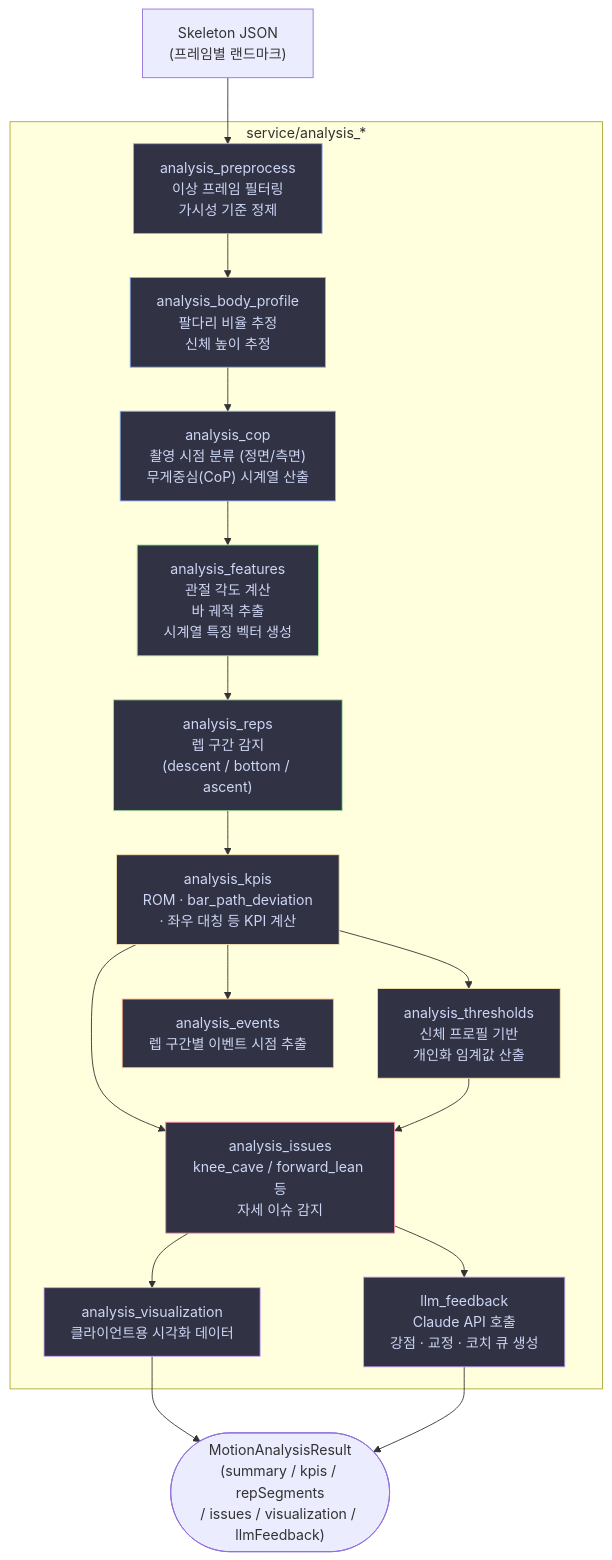
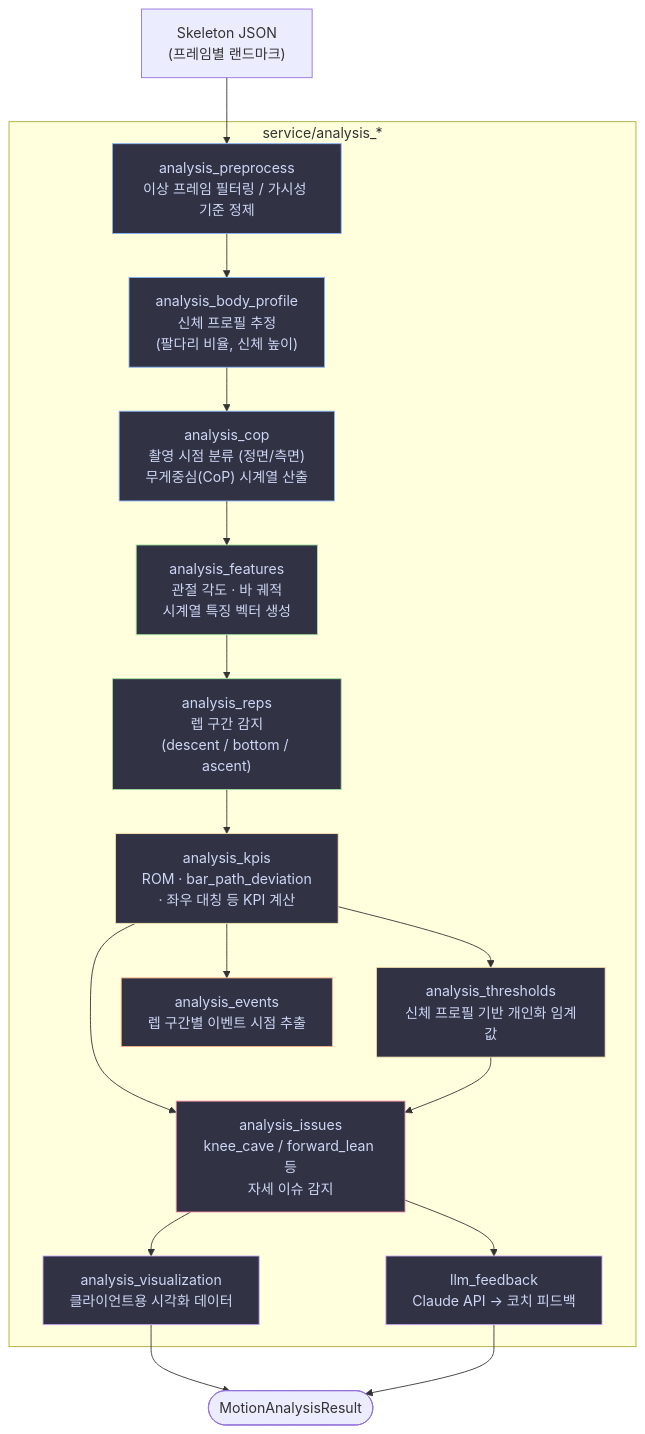
The seventh of 7 diagrams in README.md (rack-labs/rack-tracker), drawn with Mermaid before and after one commit. The commit also changed other lines of this file and 43 other files, not shown here.

First line of the commit message:
docs: enrich backend architecture section with slide images (#26)

````diff
--- a/README.md
+++ b/README.md
@@ -485,38 +566,38 @@
 ```mermaid
 flowchart TD
     Skeleton["Skeleton JSON\n(프레임별 랜드마크)"]
 
     subgraph Pipeline ["service/analysis_*"]
-        Preprocess["analysis_preprocess\n이상 프레임 필터링\n가시성 기준 정제"]
-        BodyProfile["analysis_body_profile\n팔다리 비율 추정\n신체 높이 추정"]
+        Preprocess["analysis_preprocess\n이상 프레임 필터링 / 가시성 기준 정제"]
+        BodyProfile["analysis_body_profile\n신체 프로필 추정\n(팔다리 비율, 신체 높이)"]
         COP["analysis_cop\n촬영 시점 분류 (정면/측면)\n무게중심(CoP) 시계열 산출"]
-        Features["analysis_features\n관절 각도 계산\n바 궤적 추출\n시계열 특징 벡터 생성"]
+        Features["analysis_features\n관절 각도 · 바 궤적\n시계열 특징 벡터 생성"]
         Reps["analysis_reps\n렙 구간 감지\n(descent / bottom / ascent)"]
         KPIs["analysis_kpis\nROM · bar_path_deviation\n· 좌우 대칭 등 KPI 계산"]
-        Thresholds["analysis_thresholds\n신체 프로필 기반\n개인화 임계값 산출"]
+        Thresholds["analysis_thresholds\n신체 프로필 기반 개인화 임계값"]
         Events["analysis_events\n렙 구간별 이벤트 시점 추출"]
         Issues["analysis_issues\nknee_cave / forward_lean 등\n자세 이슈 감지"]
         Viz["analysis_visualization\n클라이언트용 시각화 데이터"]
-        LLM["llm_feedback\nClaude API 호출\n강점 · 교정 · 코치 큐 생성"]
+        LLM["llm_feedback\nClaude API → 코치 피드백"]
     end
 
-    Result(["MotionAnalysisResult\n(summary / kpis / repSegments\n/ issues / visualization / llmFeedback)"])
+    Result(["MotionAnalysisResult"])
 
     Skeleton --> Preprocess --> BodyProfile --> COP --> Features
     Features --> Reps --> KPIs --> Thresholds
     KPIs --> Events
     KPIs & Thresholds --> Issues --> Viz & LLM
     Viz & LLM --> Result
 
     style Preprocess fill:#313244,stroke:#89b4fa,color:#cdd6f4
     style BodyProfile fill:#313244,stroke:#89b4fa,color:#cdd6f4
     style COP fill:#313244,stroke:#89b4fa,color:#cdd6f4
     style Features fill:#313244,stroke:#a6e3a1,color:#cdd6f4
     style Reps fill:#313244,stroke:#a6e3a1,color:#cdd6f4
     style KPIs fill:#313244,stroke:#f9e2af,color:#cdd6f4
     style Thresholds fill:#313244,stroke:#f9e2af,color:#cdd6f4
     style Events fill:#313244,stroke:#fab387,color:#cdd6f4
     style Issues fill:#313244,stroke:#f38ba8,color:#cdd6f4
     style Viz fill:#313244,stroke:#cba6f7,color:#cdd6f4
     style LLM fill:#313244,stroke:#cba6f7,color:#cdd6f4
 ```
````
